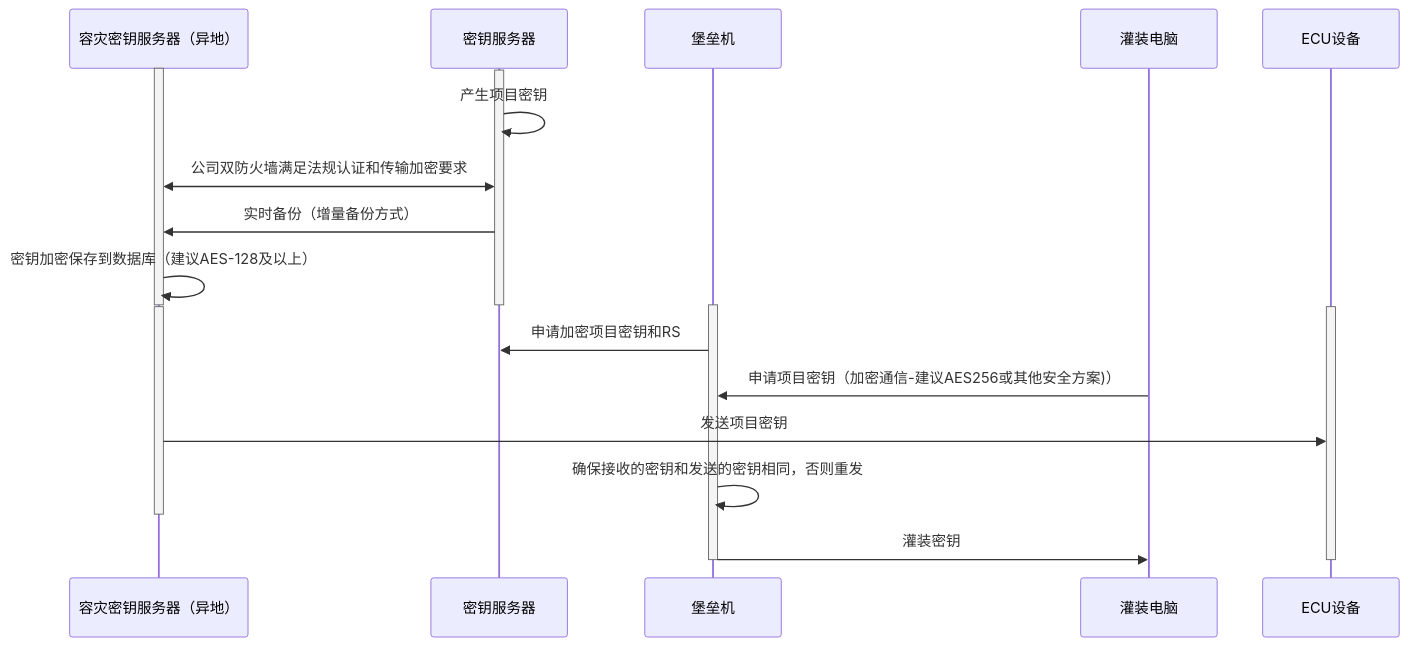
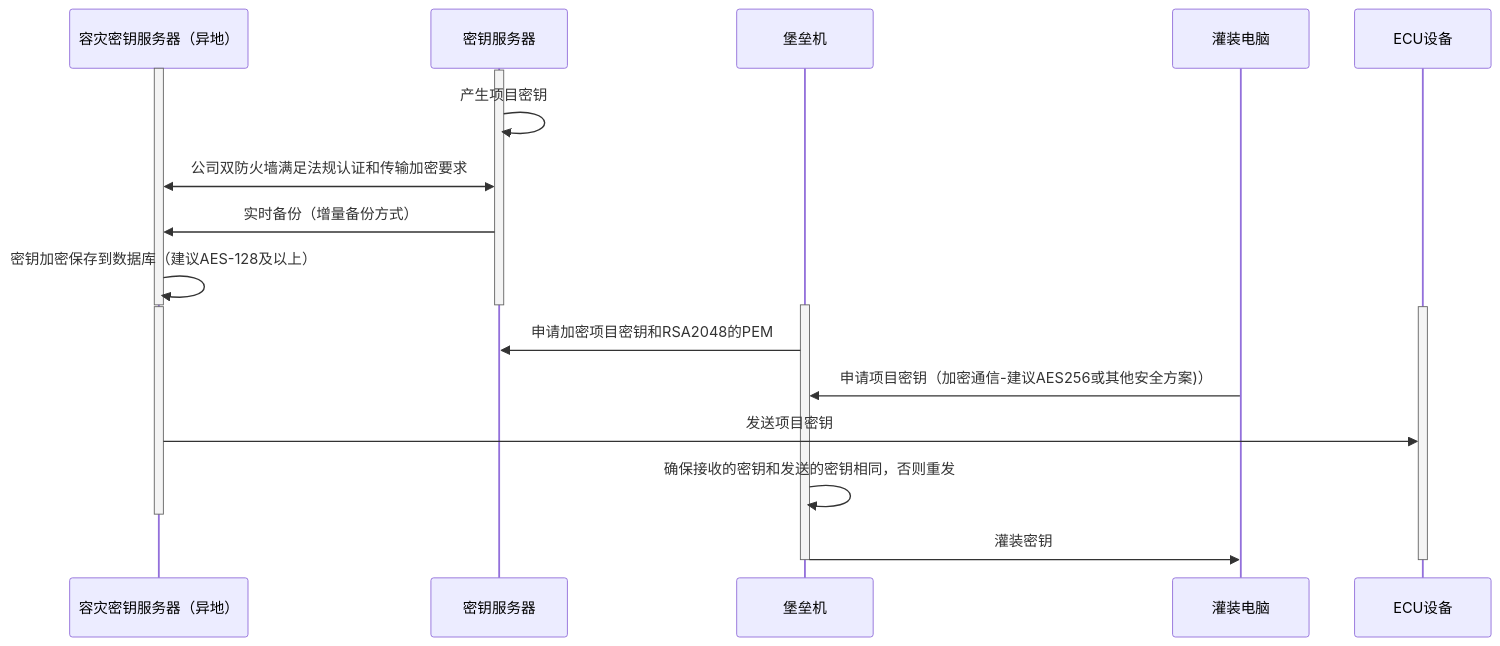
One commit to facebook-cloud/iodraw-files changed the diagram in all/未命名-15.md. Above: the diagram before and after it, drawn with Mermaid.

Commit message:
2026-02-07 10:07:02 update

````diff
--- a/all/未命名-15.md
+++ b/all/未命名-15.md
@@ -1,32 +1,32 @@
 ```mermaid
 sequenceDiagram
     participant A as 容灾密钥服务器（异地）
     participant B as 密钥服务器
     participant C as 堡垒机
     participant D as 灌装电脑
     participant E as ECU设备
 
     activate A
     activate B
     B->>B: 产生项目密钥
     A<<->>B: 公司双防火墙满足法规认证和传输加密要求
     B->>A: 实时备份（增量备份方式）
     A->>A: 密钥加密保存到数据库（建议AES-128及以上）
     deactivate B
     deactivate A
 
     activate C
     activate A
     activate E
 
-    C->>B: 申请加密项目密钥和RS
+    C->>B: 申请加密项目密钥和RSA2048的PEM
     D->>C: 申请项目密钥（加密通信-建议AES256或其他安全方案)）
     A->>E: 发送项目密钥
 
     C->>C: 确保接收的密钥和发送的密钥相同，否则重发
     deactivate A
     C->>D: 灌装密钥
     deactivate C
     deactivate E
 
 ```
````
